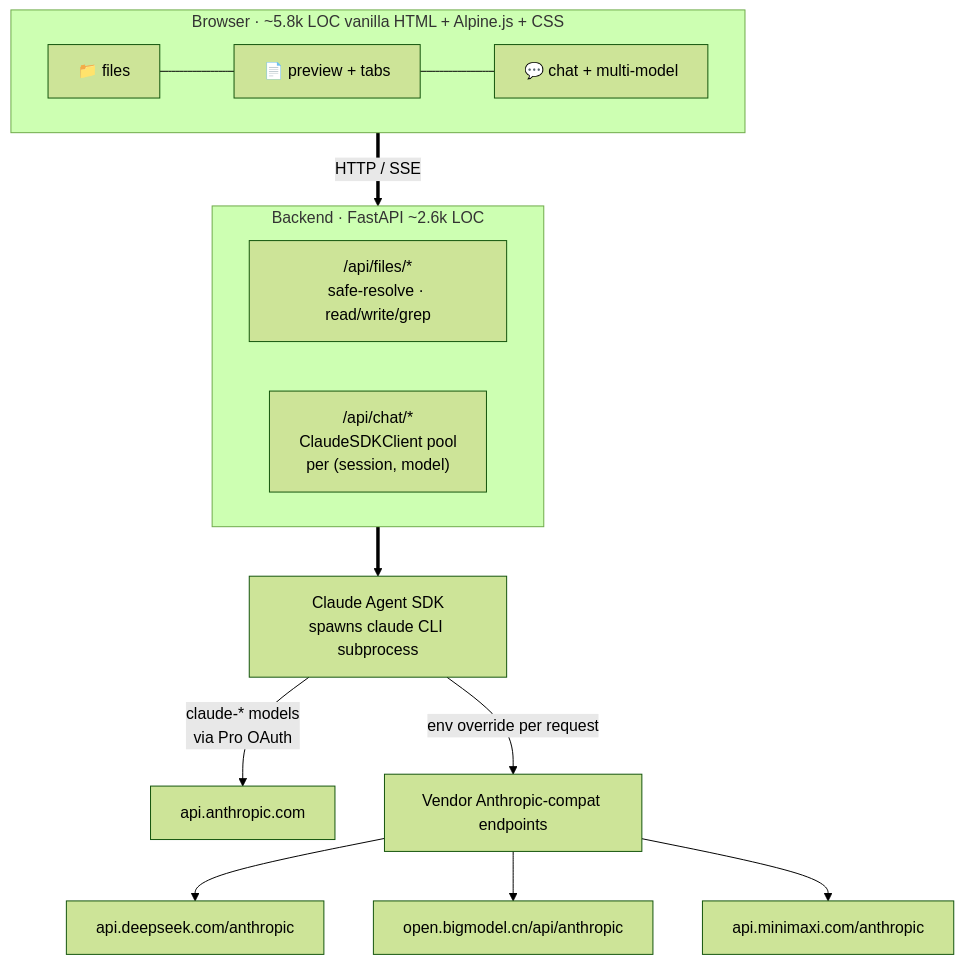
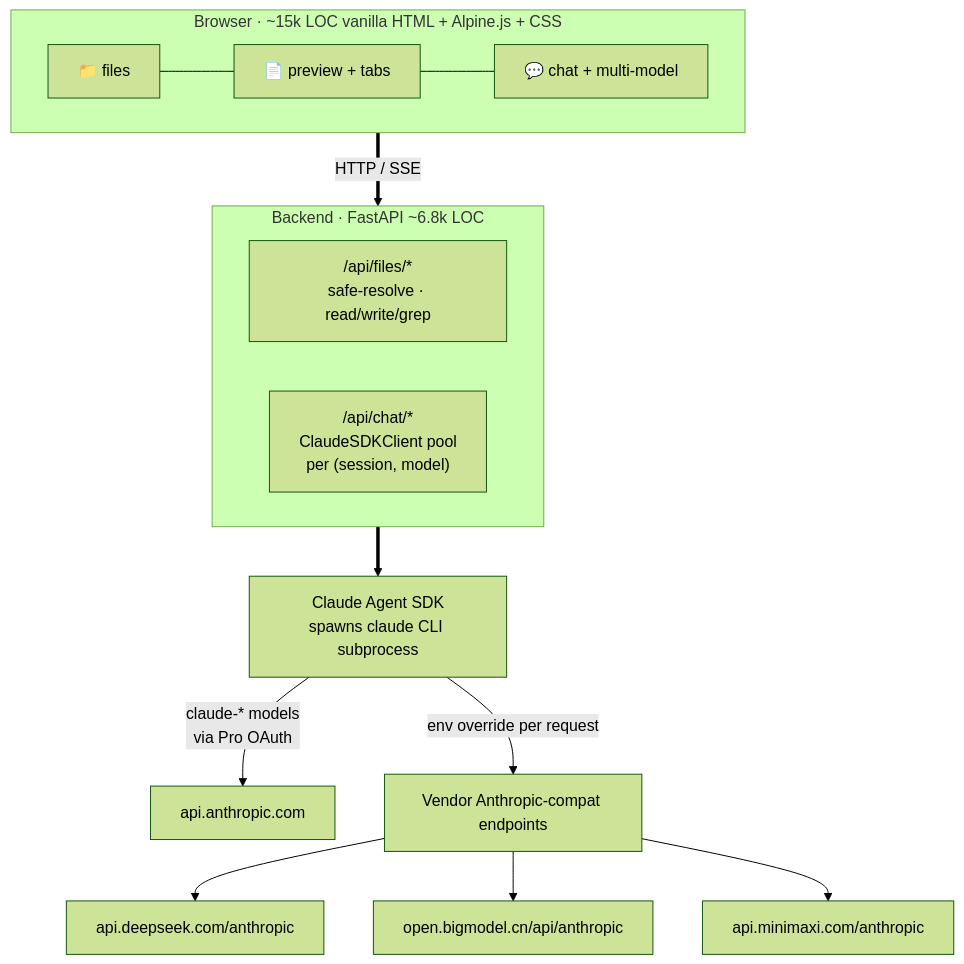
The diagram in docs/architecture.md (hesorchen/muselab), drawn with Mermaid (forest theme) before and after one commit. The commit also changed 7 other files, not shown here.

````diff
--- a/docs/architecture.md
+++ b/docs/architecture.md
@@ -5,17 +5,17 @@
 ```mermaid
 flowchart TB
-  subgraph Browser["Browser · ~5.8k LOC vanilla HTML + Alpine.js + CSS"]
+  subgraph Browser["Browser · ~15k LOC vanilla HTML + Alpine.js + CSS"]
     F[📁 files] --- P[📄 preview + tabs] --- C[💬 chat + multi-model]
   end
   Browser ==>|HTTP / SSE| BE
-  subgraph BE["Backend · FastAPI ~2.6k LOC"]
+  subgraph BE["Backend · FastAPI ~6.8k LOC"]
     A["/api/files/*<br/>safe-resolve · read/write/grep"]
     B["/api/chat/*<br/>ClaudeSDKClient pool<br/>per (session, model)"]
   end
   BE ==> SDK[Claude Agent SDK<br/>spawns claude CLI subprocess]
   SDK -->|claude-* models<br/>via Pro OAuth| AN[api.anthropic.com]
   SDK -->|env override per request| V[Vendor Anthropic-compat endpoints]
   V --> DS[api.deepseek.com/anthropic]
   V --> GL[open.bigmodel.cn/api/anthropic]
   V --> MM[api.minimaxi.com/anthropic]
 ```
````
